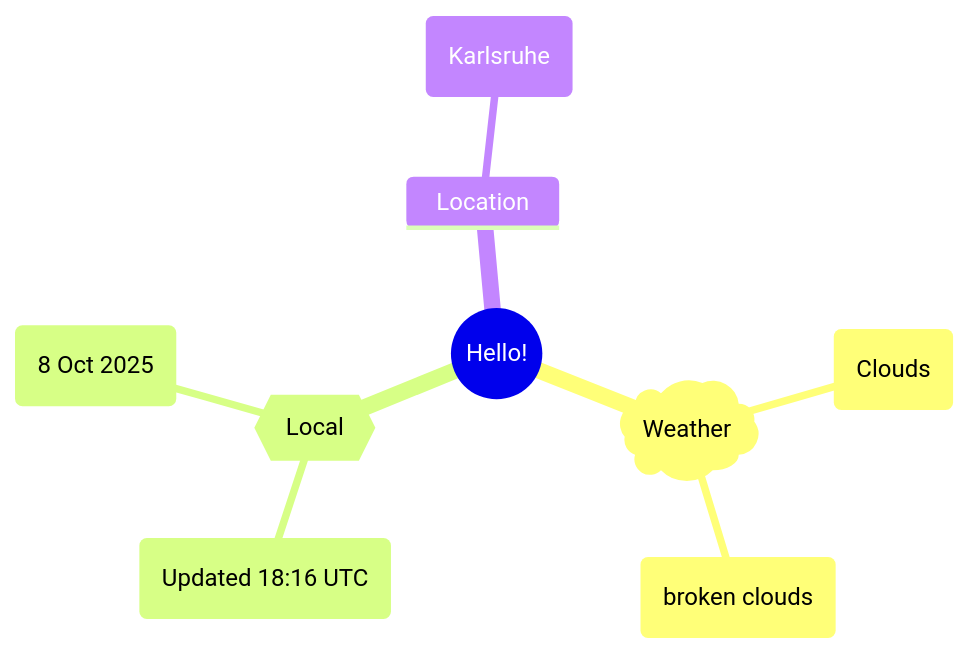
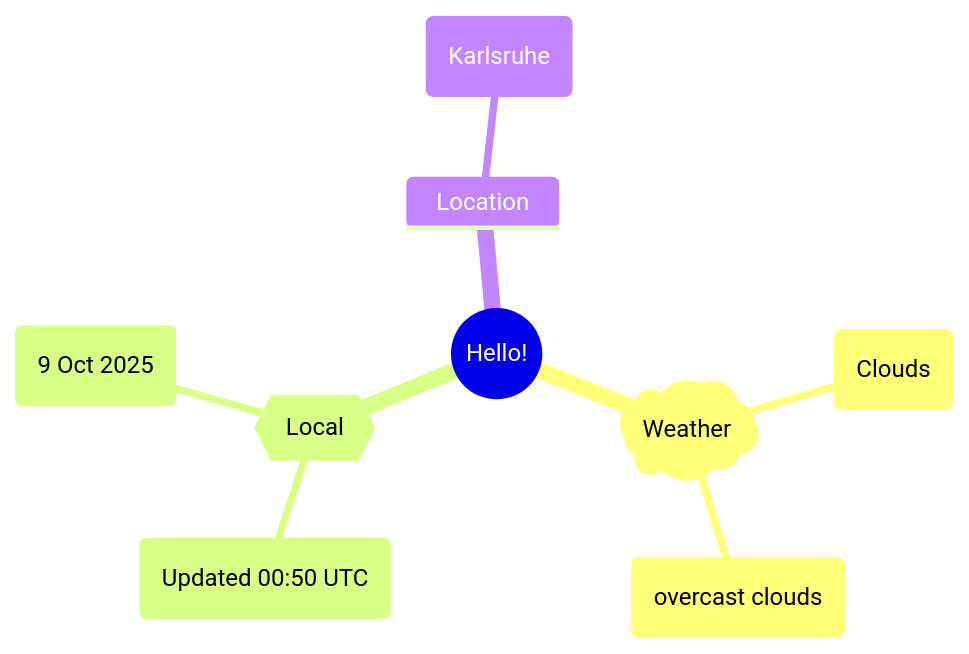
The first of 2 diagrams in README.md (Xosrov/Xosrov), drawn with Mermaid before and after one commit.

Commit message:
[bot] updated images

````diff
--- a/README.md
+++ b/README.md
@@ -3,12 +3,12 @@
 ```mermaid
 mindmap
   root((Hello!))
     )Weather(
         (Clouds)
-        (broken clouds)
+        (overcast clouds)
     {{Local}}
-        (Updated 18:16 UTC)
-        (8 Oct 2025)
+        (Updated 00:50 UTC)
+        (9 Oct 2025)
     Location
         (Karlsruhe)
 ```
````
